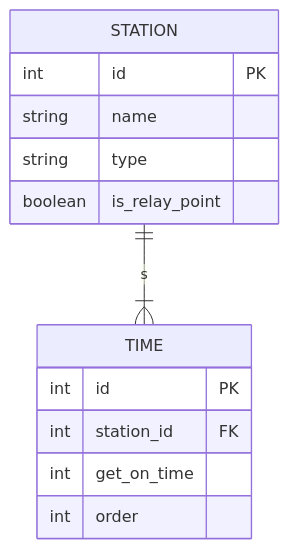
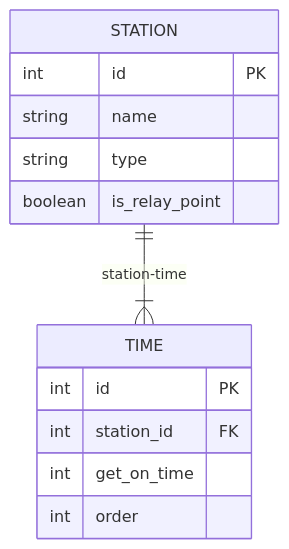
One commit to taiseifukushi/kbus_timetable changed the second of 2 diagrams in doc/diagram.md. Above: the diagram before and after it, drawn with Mermaid. The commit also changed 15 other files, not shown here.

````diff
--- a/doc/diagram.md
+++ b/doc/diagram.md
@@ -31,16 +31,16 @@
 ```mermaid
 erDiagram
-    STATION ||--|{ TIME: s
+    STATION ||--|{ TIME: station-time
     STATION {
         int id PK
         string name
         string type
         boolean is_relay_point
     }
     TIME {
         int id PK
         int station_id FK
         int get_on_time
         int order
     }
 ```
````
